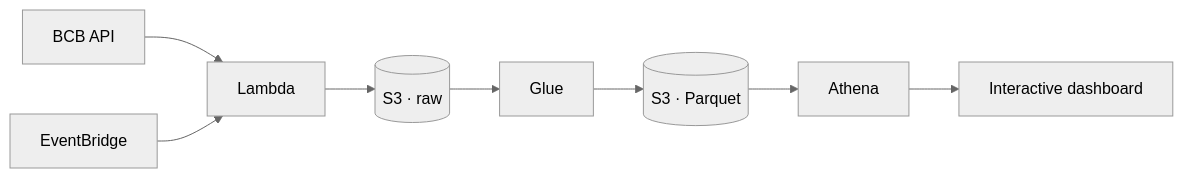
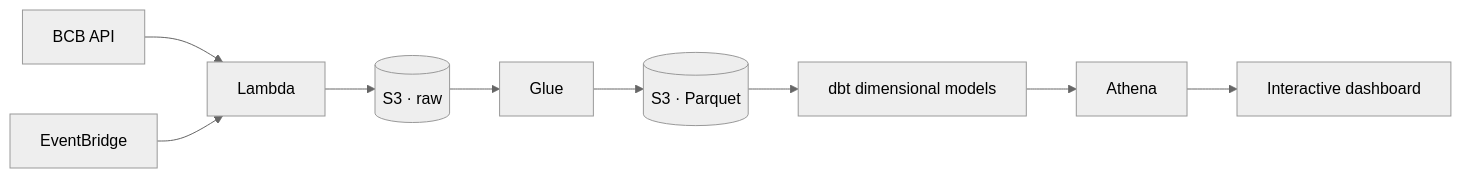
The diagram in README.md (guivital1/aws-financial-data-pipeline), drawn with Mermaid (neutral theme) before and after one commit. The commit also changed other lines of this file and 32 other files, not shown here.

````diff
--- a/README.md
+++ b/README.md
@@ -24,10 +24,11 @@
 ```mermaid
 flowchart LR
     BCB[BCB API] --> L[Lambda]
     EB[EventBridge] --> L
     L --> RAW[(S3 · raw)]
     RAW --> G[Glue]
     G --> CUR[(S3 · Parquet)]
-    CUR --> A[Athena]
+    CUR --> M[dbt dimensional models]
+    M --> A[Athena]
     A --> D[Interactive dashboard]
 ```
````
